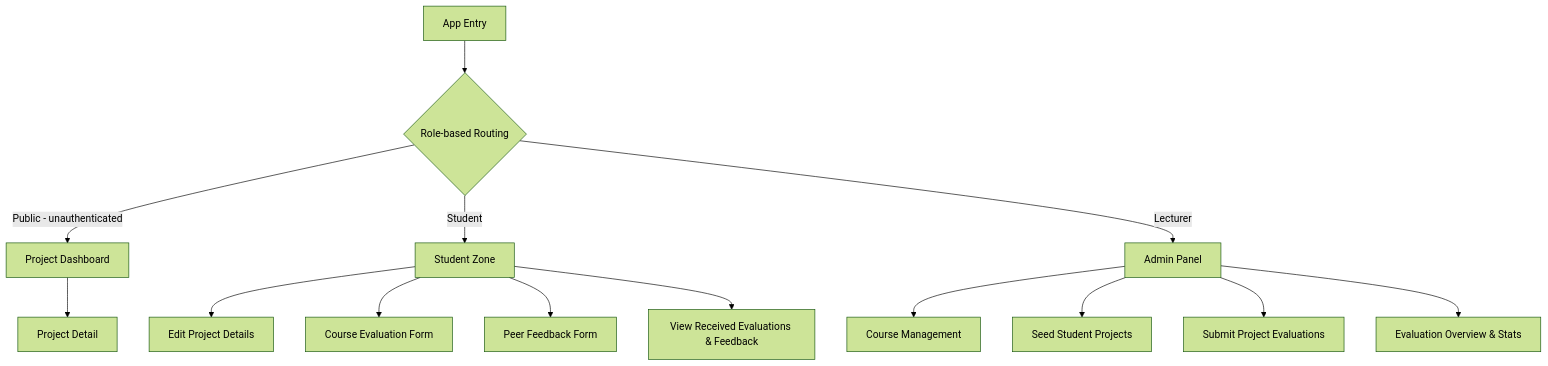
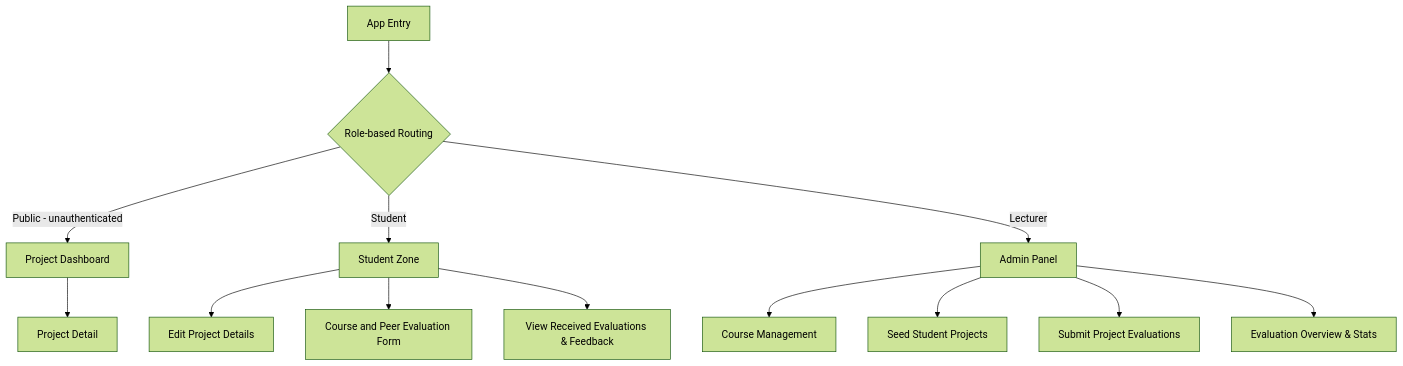
One commit to ljezek/tul-psi changed the diagram in docs/SPECIFICATION.md. Above: the diagram before and after it, drawn with Mermaid (forest theme). The commit also changed other lines of this file, not shown here.

First line of the commit message:
Merge course eval and peer feedback into single combined form

````diff
--- a/docs/SPECIFICATION.md
+++ b/docs/SPECIFICATION.md
@@ -43,19 +41,18 @@
 ```mermaid
 graph TD
     Start[App Entry] --> RoleRoute{Role-based Routing}
     RoleRoute -->|Public - unauthenticated| Dashboard[Project Dashboard]
     RoleRoute -->|Student| StudentZone[Student Zone]
     RoleRoute -->|Lecturer| AdminPanel[Admin Panel]
 
     Dashboard --> ProjectDetail[Project Detail]
 
     StudentZone --> ProjectEdit[Edit Project Details]
-    StudentZone --> CourseEval[Course Evaluation Form]
-    StudentZone --> PeerEval[Peer Feedback Form]
+    StudentZone --> EvalForm[Course and Peer Evaluation Form]
     StudentZone --> RecFeedback[View Received Evaluations & Feedback]
 
     AdminPanel --> CourseMgmt[Course Management]
     AdminPanel --> ProjectSeed[Seed Student Projects]
     AdminPanel --> EvalSubmit[Submit Project Evaluations]
     AdminPanel --> EvalOverview[Evaluation Overview & Stats]
 ```
````
